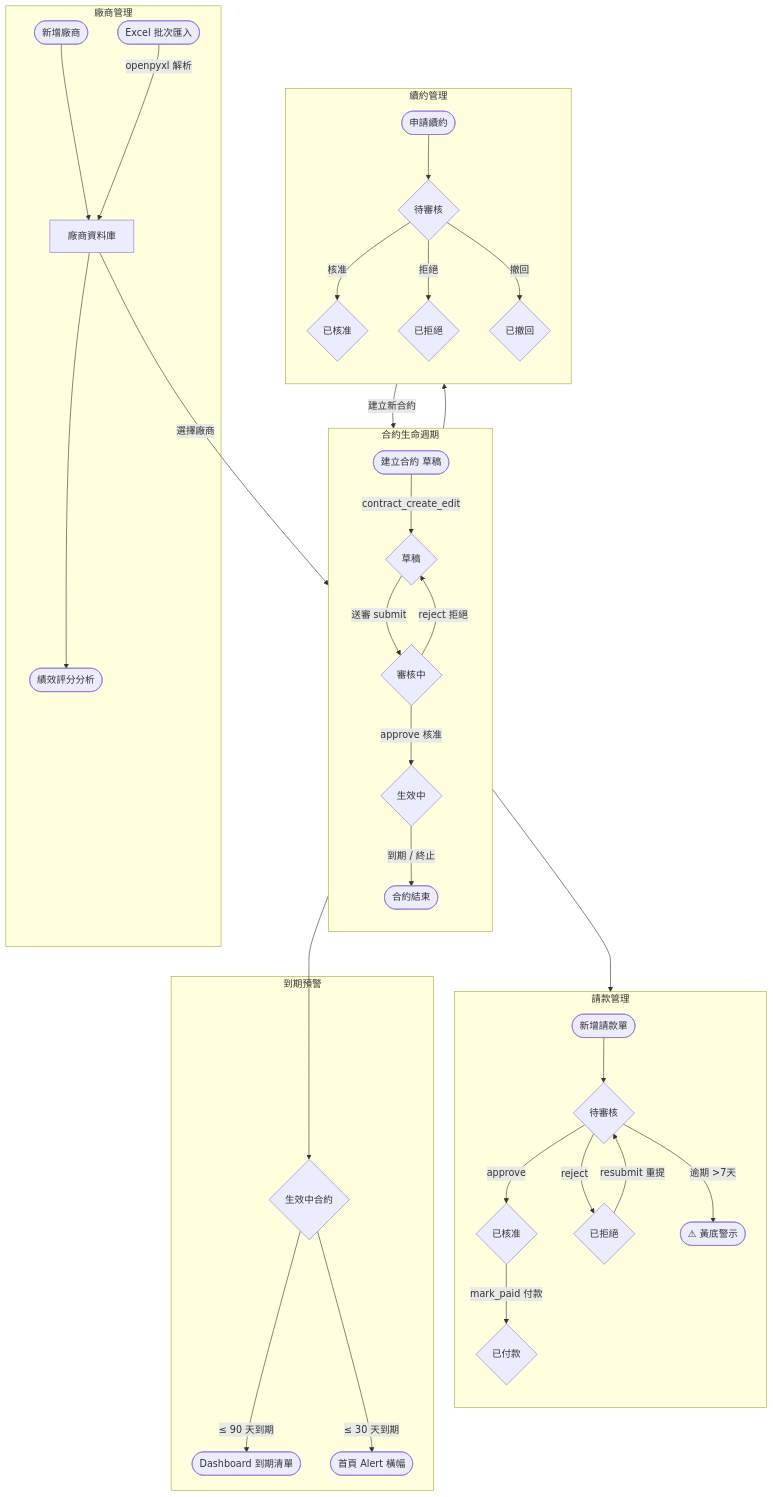
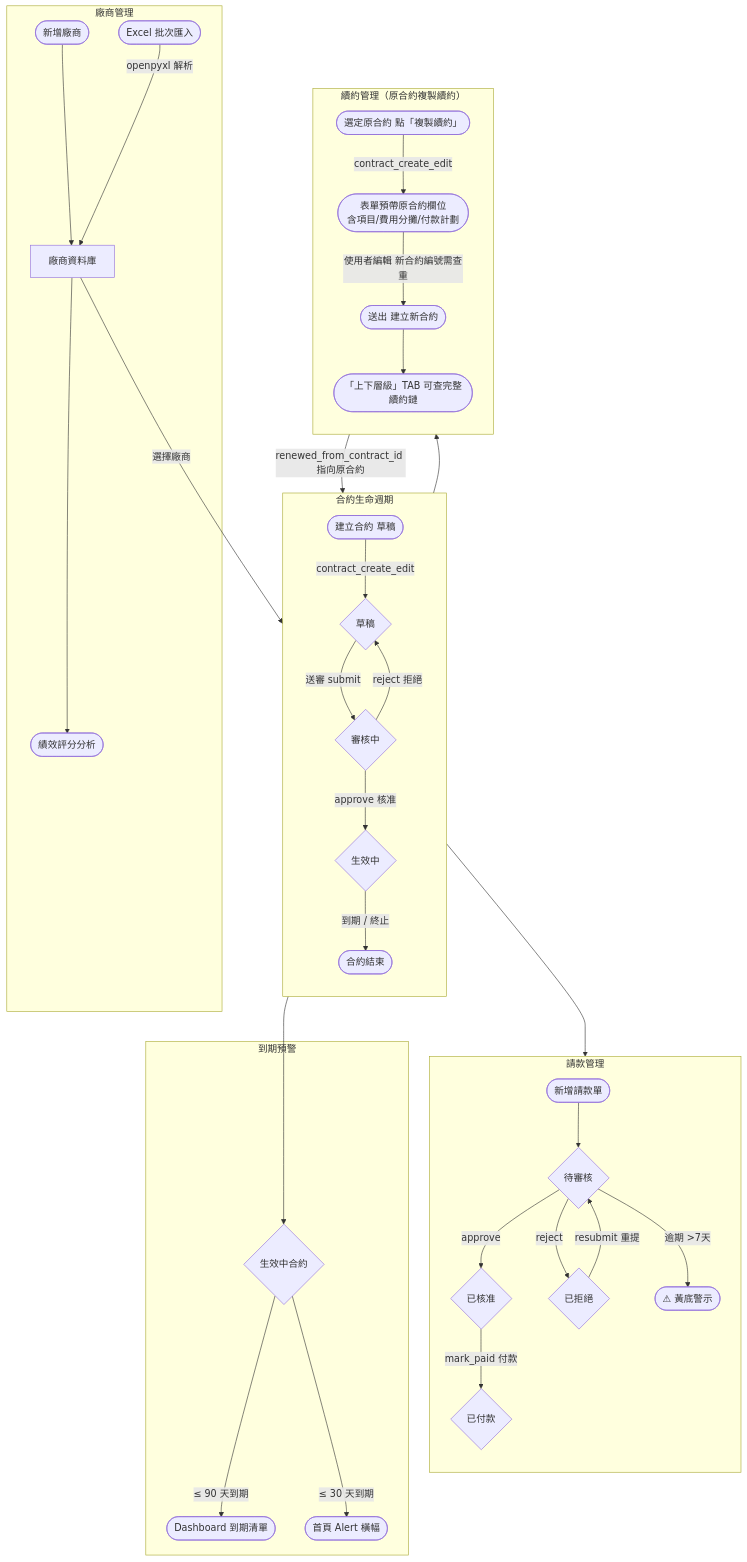
Before and after one commit to Samuelhuang-com/portal: the diagram in docs/contract_flow.mermaid, drawn with Mermaid. The commit also changed 15 other files, not shown here.

```diff
--- a/docs/contract_flow.mermaid
+++ b/docs/contract_flow.mermaid
@@ -1,50 +1,49 @@
 flowchart TD
     %% ── 廠商管理 ──
     subgraph VM["廠商管理"]
         V1([新增廠商]) --> V2[廠商資料庫]
         V3([Excel 批次匯入]) -->|openpyxl 解析| V2
         V2 --> V4([績效評分分析])
     end
 
     %% ── 合約生命週期 ──
     subgraph CL["合約生命週期"]
         direction TB
         C1([建立合約 草稿]) -->|contract_create_edit| C2{草稿}
         C2 -->|送審 submit| C3{審核中}
         C3 -->|approve 核准| C4{生效中}
         C3 -->|reject 拒絕| C2
         C4 -->|到期 / 終止| C5([合約結束])
     end
 
     %% ── 請款流程 ──
     subgraph CLA["請款管理"]
         direction TB
         R1([新增請款單]) --> R2{待審核}
         R2 -->|approve| R3{已核准}
         R2 -->|reject| R4{已拒絕}
         R4 -->|resubmit 重提| R2
         R3 -->|mark_paid 付款| R5{已付款}
         R2 -->|逾期 >7天| R6([⚠ 黃底警示])
     end
 
-    %% ── 續約管理 ──
-    subgraph REN["續約管理"]
+    %% ── 續約管理（2026-07-21：原簽核式「續約申請」已隱藏，改為「原合約複製續約」）──
+    subgraph REN["續約管理（原合約複製續約）"]
         direction TB
-        N1([申請續約]) --> N2{待審核}
-        N2 -->|核准| N3{已核准}
-        N2 -->|拒絕| N4{已拒絕}
-        N2 -->|撤回| N5{已撤回}
-        N3 -->|建立新合約| C1
+        N1([選定原合約 點「複製續約」]) -->|contract_create_edit| N2([表單預帶原合約欄位<br/>含項目/費用分攤/付款計劃])
+        N2 -->|使用者編輯 新合約編號需查重| N3([送出 建立新合約])
+        N3 -->|renewed_from_contract_id 指向原合約| C1
+        N3 --> N4([「上下層級」TAB 可查完整續約鏈])
     end
 
     %% ── 到期預警 ──
     subgraph ALERT["到期預警"]
         A1{生效中合約} -->|≤ 90 天到期| A2([Dashboard 到期清單])
         A1 -->|≤ 30 天到期| A3([首頁 Alert 橫幅])
     end
 
     %% ── 跨域連線 ──
     V2 -->|選擇廠商| C1
     C4 --> A1
     C4 --> R1
     C4 --> N1
```
